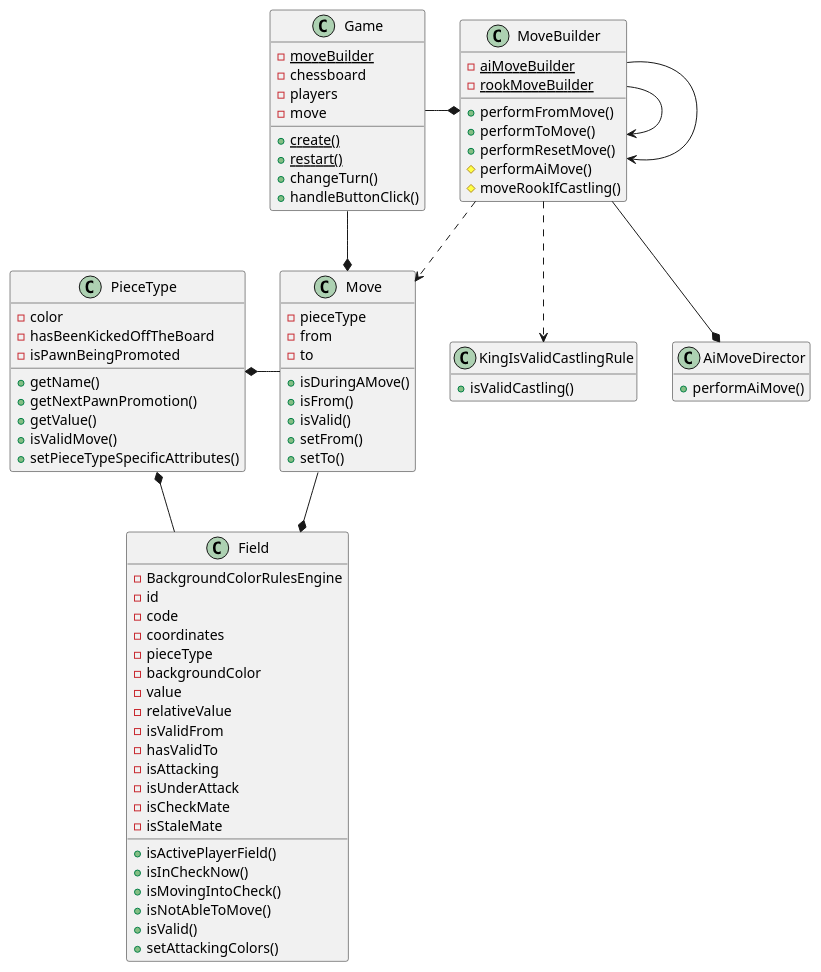
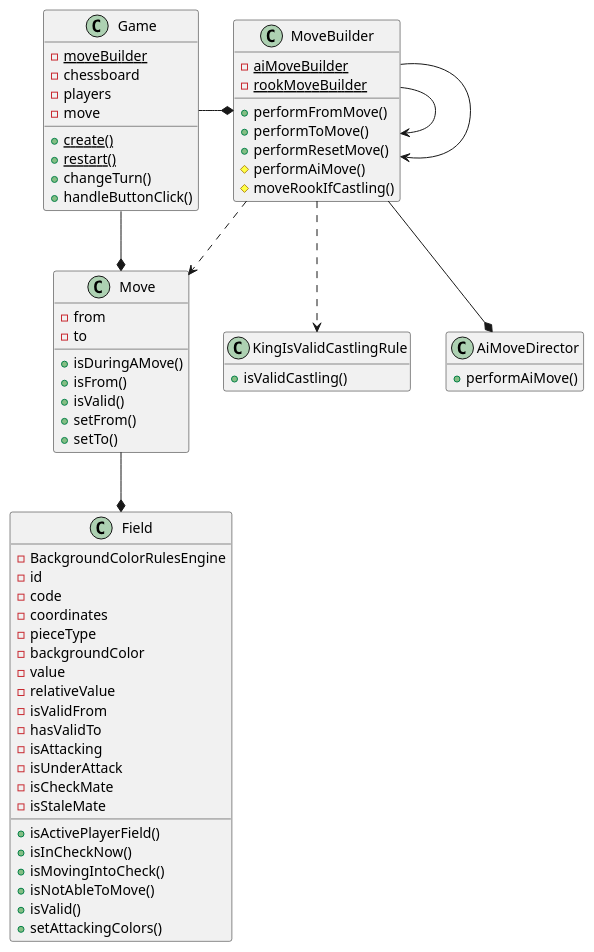
One commit to tiktaalick/chess-with-database changed the diagram in game/src/main/resources/uml/move.puml. Above: the diagram before and after it, drawn with PlantUML. The commit also changed 1 other file, not shown here.

Commit message:
Removed the attribute PieceType from Move as it is redundant.

```diff
--- a/game/src/main/resources/uml/move.puml
+++ b/game/src/main/resources/uml/move.puml
@@ -1,99 +1,97 @@
 @startuml
 
 '--------------'
 'Hidden members'
 '--------------'
 hide empty members
 
 '----'
 'Move'
 '----'
 class MoveBuilder {
     - {static} aiMoveBuilder
     - {static} rookMoveBuilder
     + performFromMove()
     + performToMove()
     + performResetMove()
     # performAiMove()
     # moveRookIfCastling()
 }
 
 class Move {
-    - pieceType
     - from
     - to
     + isDuringAMove()
     + isFrom()
     + isValid()
     + setFrom()
     + setTo()
 }
 
 class Game {
     - {static} moveBuilder
     - chessboard
     - players
     - move
     + {static} create()
     + {static} restart()
     + changeTurn()
     + handleButtonClick()
 }
 
 class KingIsValidCastlingRule {
     + isValidCastling()
 }
 
 class AiMoveDirector {
     + performAiMove()
 }
 
-class PieceType {
-    - color
-    - hasBeenKickedOffTheBoard
-    - isPawnBeingPromoted
-    + getName()
-    + getNextPawnPromotion()
-    + getValue()
-    + isValidMove()
-    + setPieceTypeSpecificAttributes()
-}
+'class PieceType {
+'    - color
+'    - hasBeenKickedOffTheBoard
+'    - isPawnBeingPromoted
+'    + getName()
+'    + getNextPawnPromotion()
+'    + getValue()
+'    + isValidMove()
+'    + setPieceTypeSpecificAttributes()
+'}
 
 class Field {
     - BackgroundColorRulesEngine
     - id
     - code
     - coordinates
     - pieceType
     - backgroundColor
     - value
     - relativeValue
     - isValidFrom
     - hasValidTo
     - isAttacking
     - isUnderAttack
     - isCheckMate
     - isStaleMate
     + isActivePlayerField()
     + isInCheckNow()
     + isMovingIntoCheck()
     + isNotAbleToMove()
     + isValid()
     + setAttackingColors()
 }
 
 '---------'
 'Relations'
 '---------'
 Game --* Move
 Game -right-* MoveBuilder
 MoveBuilder ..> KingIsValidCastlingRule
 MoveBuilder --> MoveBuilder
 MoveBuilder --> MoveBuilder
 MoveBuilder -down-* AiMoveDirector
 MoveBuilder ..> Move
-Move -left-* PieceType
 Move --* Field
-Field --* PieceType
+'Field --* PieceType
 
 @enduml
```
